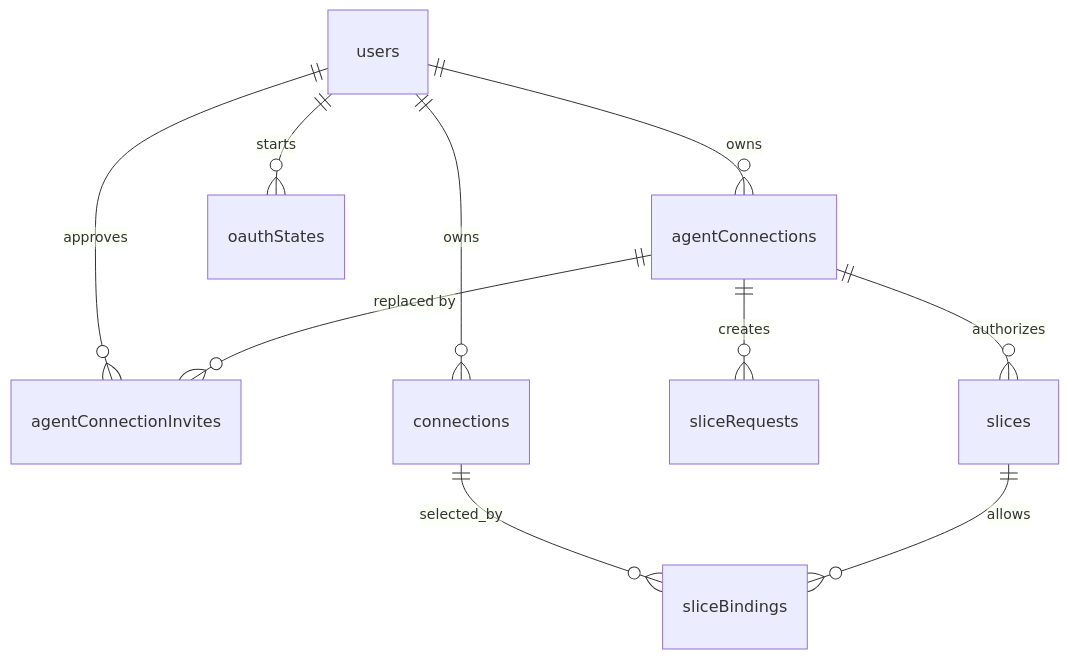
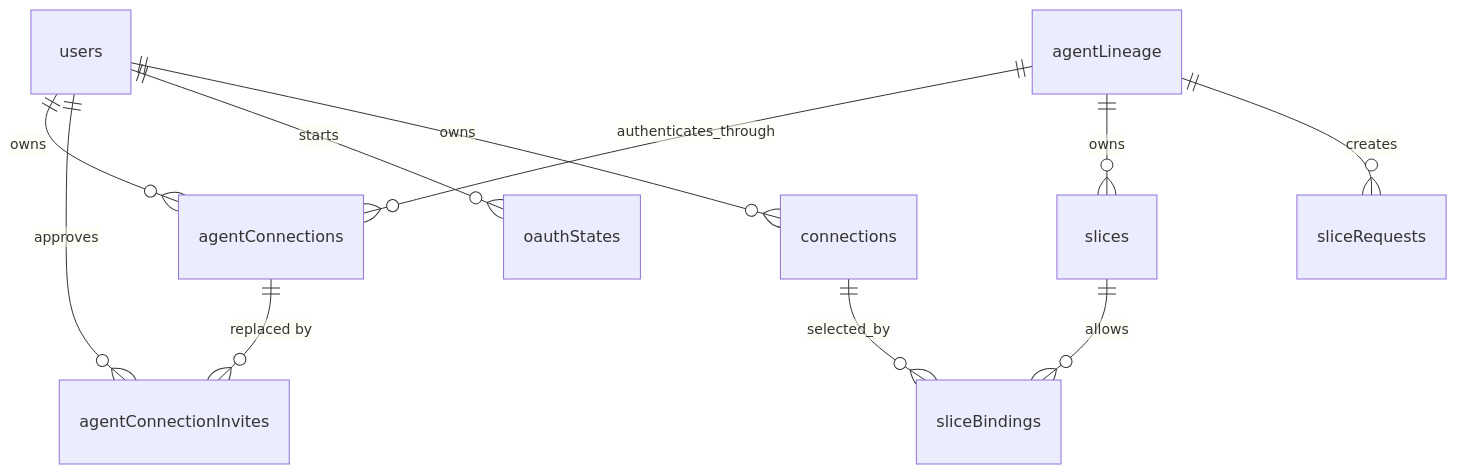
One commit to nishilfaldu/scope changed the eighth of 8 diagrams in docs/credential-flows.md. Above: the diagram before and after it, drawn with Mermaid. The commit also changed other lines of this file and 11 other files, not shown here.

Commit message:
refactor(auth): bind slices to stable agent lineage

````diff
--- a/docs/credential-flows.md
+++ b/docs/credential-flows.md
@@ -408,12 +407,13 @@
 ```mermaid
 erDiagram
   users ||--o{ agentConnections : owns
   users ||--o{ agentConnectionInvites : approves
   agentConnections ||--o{ agentConnectionInvites : "replaced by"
-  agentConnections ||--o{ slices : authorizes
-  agentConnections ||--o{ sliceRequests : creates
+  agentLineage ||--o{ agentConnections : authenticates_through
+  agentLineage ||--o{ slices : owns
+  agentLineage ||--o{ sliceRequests : creates
   users ||--o{ oauthStates : starts
   users ||--o{ connections : owns
   connections ||--o{ sliceBindings : selected_by
   slices ||--o{ sliceBindings : allows
 ```
````
